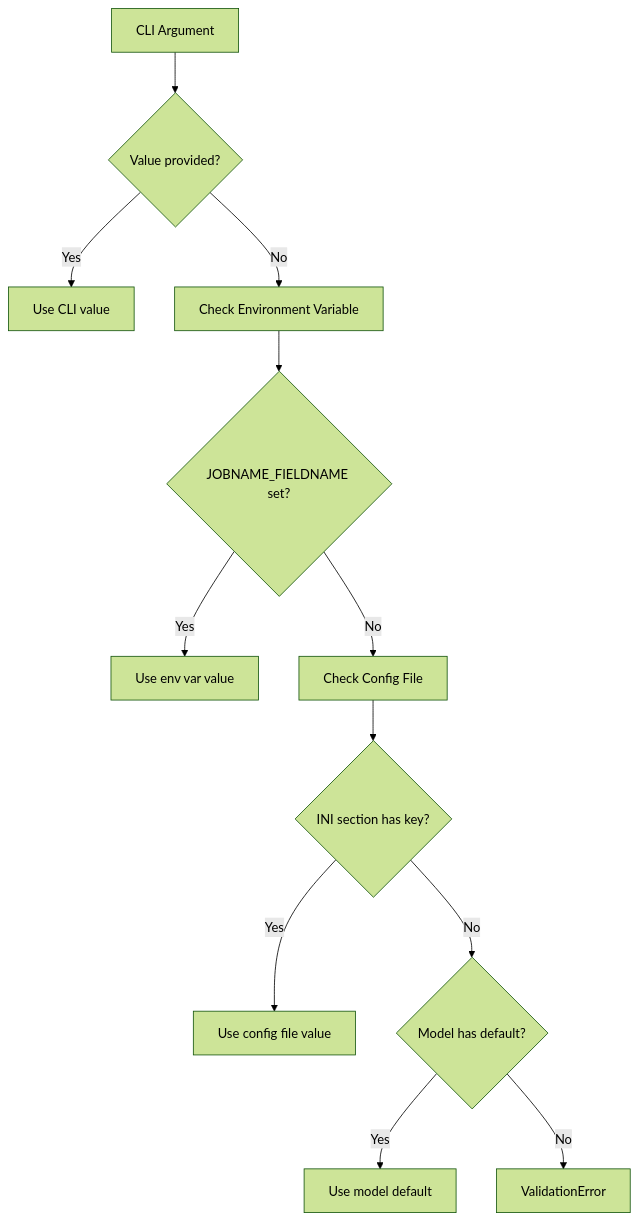
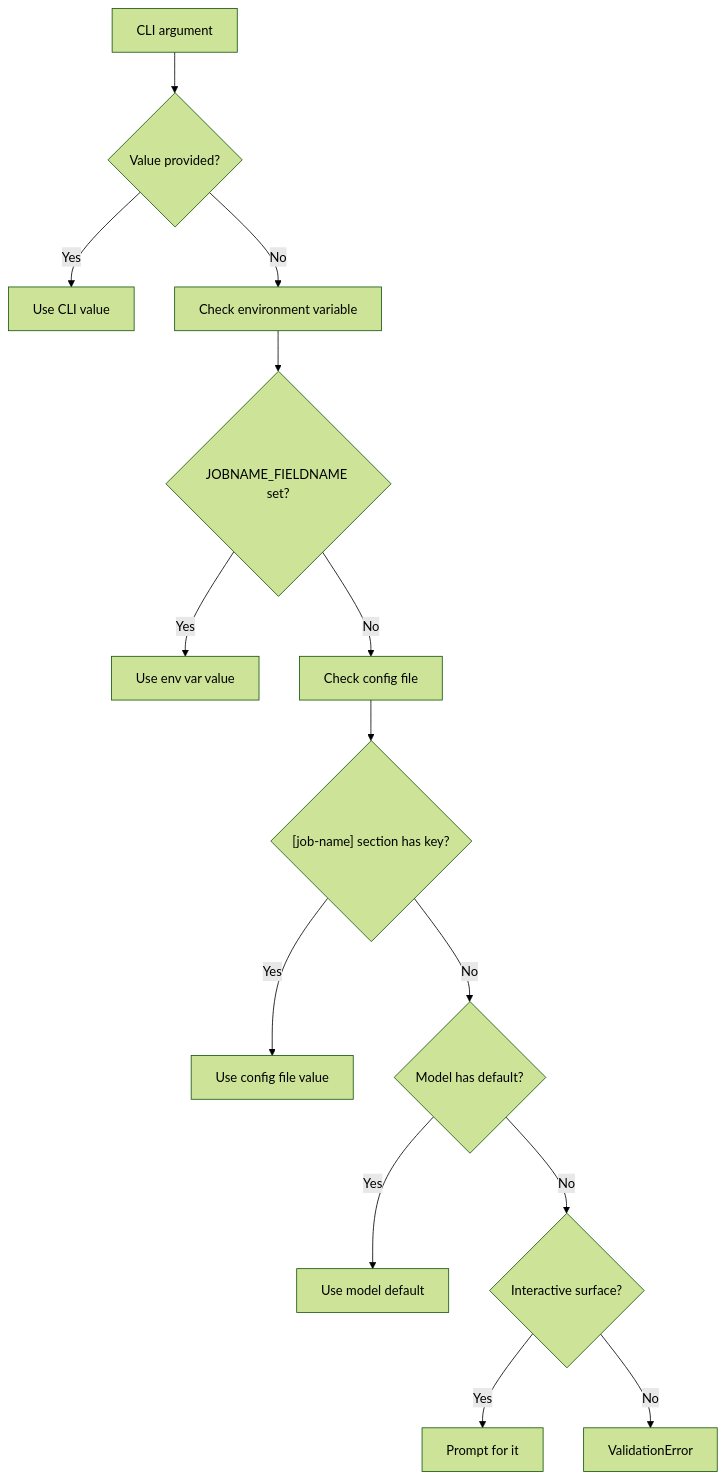
The diagram in docs/guides/job-config.md (raicing-ai/functualize), drawn with Mermaid (forest theme) before and after one commit. The commit also changed other lines of this file and 107 other files, not shown here.

First line of the commit message:
feat(config)!: one resolver, one secret detector, one env name (#7)

````diff
--- a/docs/guides/job-config.md
+++ b/docs/guides/job-config.md
@@ -117,14 +144,16 @@
 ```mermaid
 flowchart TD
-    A[CLI Argument] --> B{Value provided?}
+    A[CLI argument] --> B{Value provided?}
     B -->|Yes| C[Use CLI value]
-    B -->|No| D[Check Environment Variable]
+    B -->|No| D[Check environment variable]
     D --> E{JOBNAME_FIELDNAME set?}
     E -->|Yes| F[Use env var value]
-    E -->|No| G[Check Config File]
-    G --> H{INI section has key?}
+    E -->|No| G[Check config file]
+    G --> H{"[job-name] section has key?"}
     H -->|Yes| I[Use config file value]
     H -->|No| J{Model has default?}
     J -->|Yes| K[Use model default]
-    J -->|No| L[ValidationError]
+    J -->|No| L{Interactive surface?}
+    L -->|Yes| M[Prompt for it]
+    L -->|No| N[ValidationError]
 ```
````
